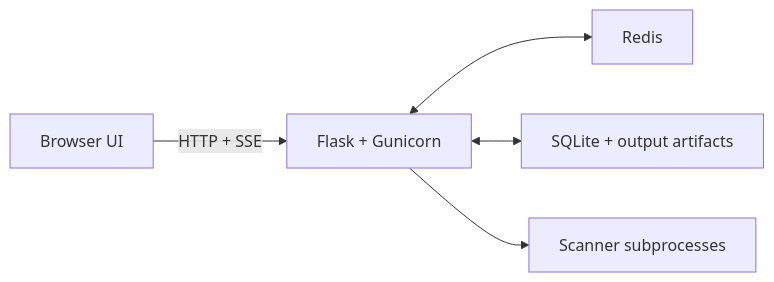
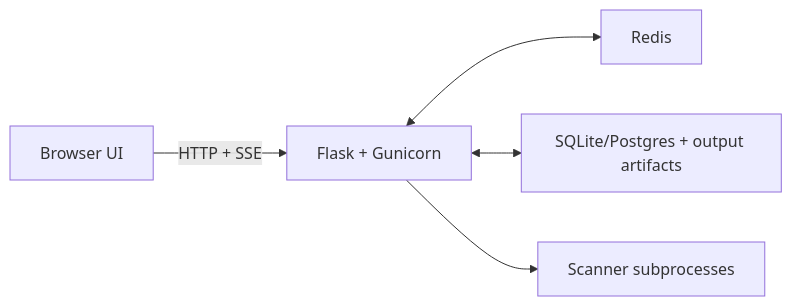
The diagram in README.md (darklab-sh/darklab-shell), drawn with Mermaid before and after one commit. The commit also changed other lines of this file and 38 other files, not shown here.

````diff
--- a/README.md
+++ b/README.md
@@ -132,13 +132,13 @@
 ```mermaid
 flowchart LR
   Browser["Browser UI"]
   Flask["Flask + Gunicorn"]
   Redis["Redis"]
-  Storage["SQLite + output artifacts"]
+  Storage["SQLite/Postgres + output artifacts"]
   Runner["Scanner subprocesses"]
 
   Browser -->|HTTP + SSE| Flask
   Flask <--> Redis
   Flask <--> Storage
   Flask --> Runner
 ```
````
